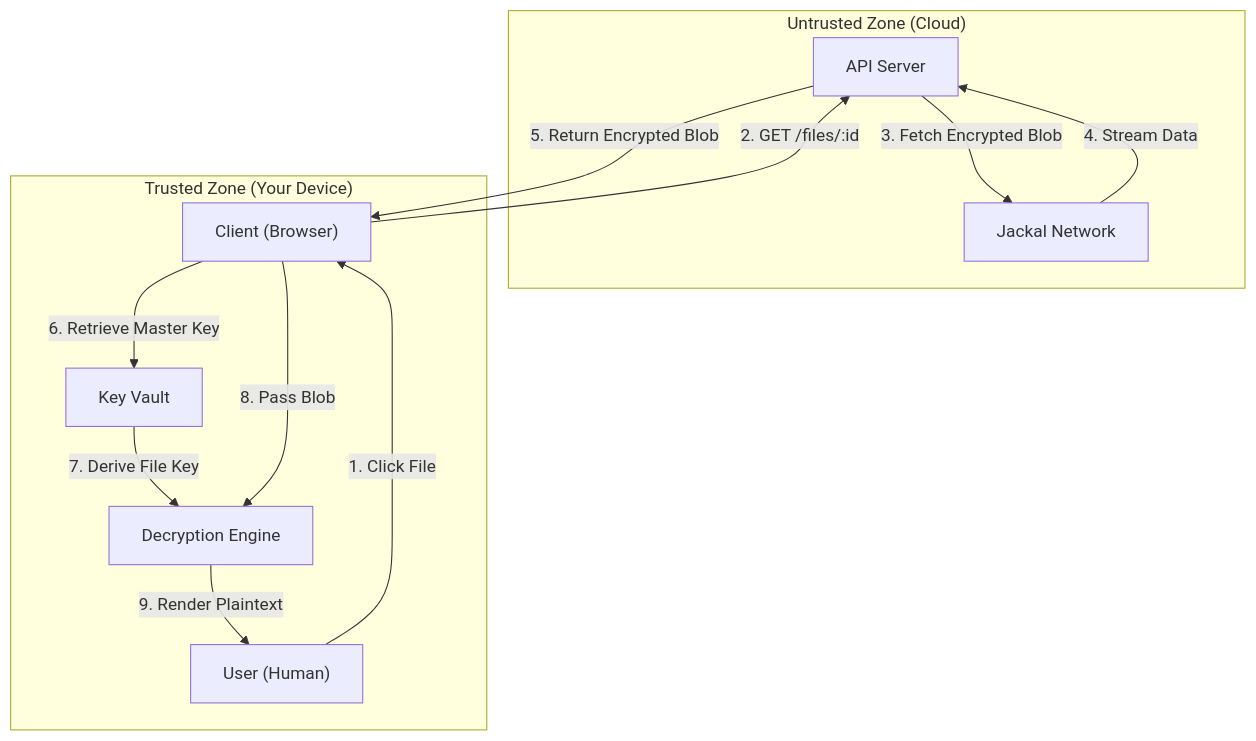
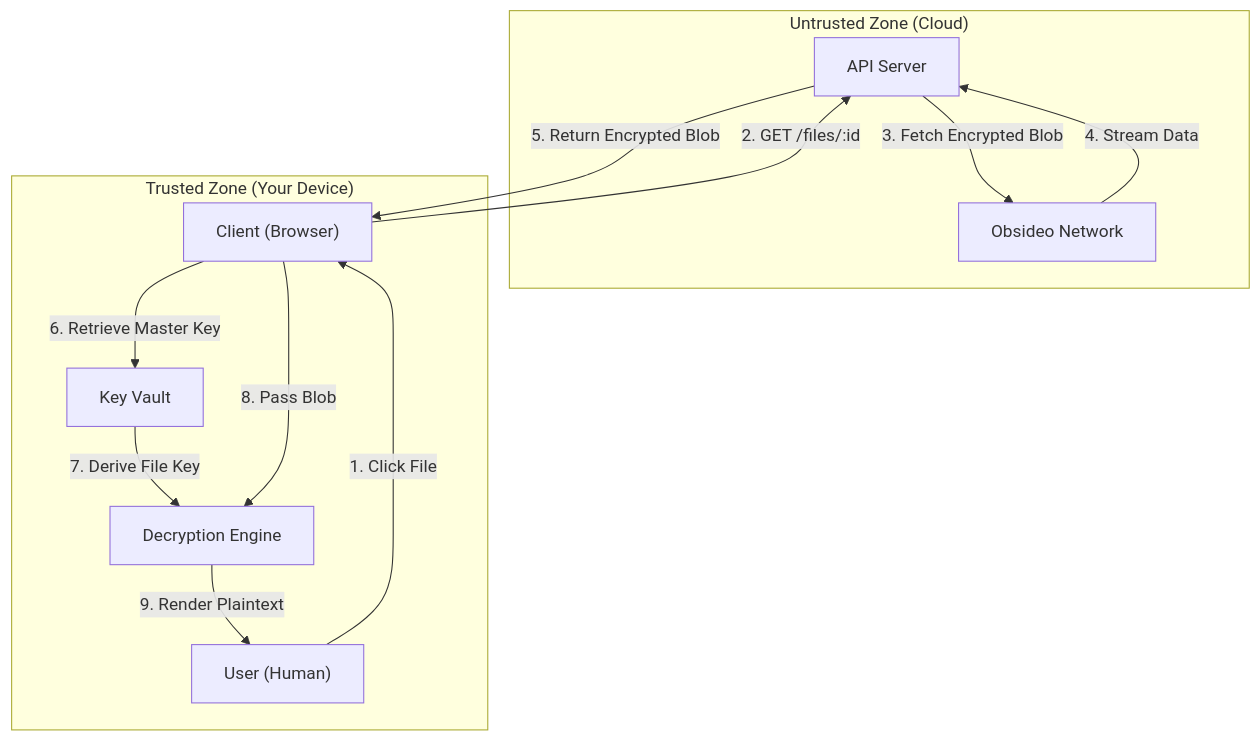
One commit to jtoba66/Lazybird-Nest changed the second of 2 diagrams in README.md. Above: the diagram before and after it, drawn with Mermaid. The commit also changed other lines of this file and 34 other files, not shown here.

````diff
--- a/README.md
+++ b/README.md
@@ -44,27 +44,27 @@
 ```mermaid
 graph TD
     subgraph "Untrusted Zone (Cloud)"
         API[API Server]
-        Storage[Jackal Network]
+        Storage[Obsideo Network]
     end
 
     subgraph "Trusted Zone (Your Device)"
         User["User (Human)"]
         Browser["Client (Browser)"]
         Vault[Key Vault]
         Crypto[Decryption Engine]
     end
 
     %% Request Flow
     User -->|1. Click File| Browser
     Browser -->|2. GET /files/:id| API
     API -->|3. Fetch Encrypted Blob| Storage
     Storage -->|4. Stream Data| API
     API -->|5. Return Encrypted Blob| Browser
 
     %% Decryption Flow
     Browser -->|6. Retrieve Master Key| Vault
     Vault -->|7. Derive File Key| Crypto
     Browser -->|8. Pass Blob| Crypto
     Crypto -->|9. Render Plaintext| User
 ```
````
